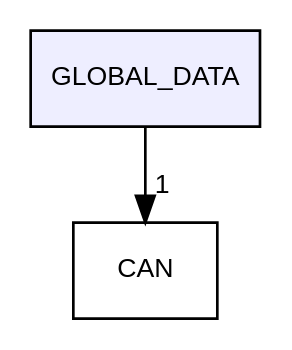
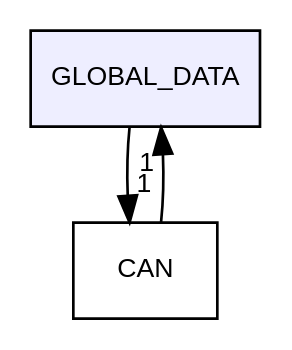
Before and after one commit to Sivaranjith1/Ping_Pong_embedded_project: the diagram in docs/atsam3x8e/dir_44a5a6bb2d0311402a695e793fbbe5ac_dep.dot, drawn with Graphviz. The commit also changed 142 other files, not shown here.

```diff
--- a/docs/atsam3x8e/dir_44a5a6bb2d0311402a695e793fbbe5ac_dep.dot
+++ b/docs/atsam3x8e/dir_44a5a6bb2d0311402a695e793fbbe5ac_dep.dot
@@ -1,8 +1,9 @@
 digraph "GLOBAL_DATA" {
   compound=true
   node [ fontsize="10", fontname="Helvetica"];
   edge [ labelfontsize="10", labelfontname="Helvetica"];
   dir_44a5a6bb2d0311402a695e793fbbe5ac [shape=box, label="GLOBAL_DATA", style="filled", fillcolor="#eeeeff", pencolor="black", URL="dir_44a5a6bb2d0311402a695e793fbbe5ac.html"];
   dir_85f99c390bf4c27b62435416daf93629 [shape=box label="CAN" URL="dir_85f99c390bf4c27b62435416daf93629.html"];
+  dir_85f99c390bf4c27b62435416daf93629->dir_44a5a6bb2d0311402a695e793fbbe5ac [headlabel="1", labeldistance=1.5 headhref="dir_000001_000005.html"];
   dir_44a5a6bb2d0311402a695e793fbbe5ac->dir_85f99c390bf4c27b62435416daf93629 [headlabel="1", labeldistance=1.5 headhref="dir_000005_000001.html"];
 }
```
